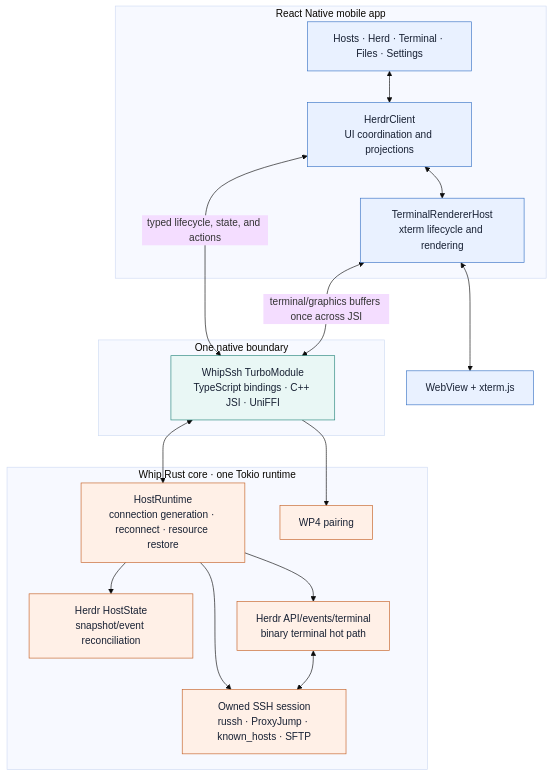
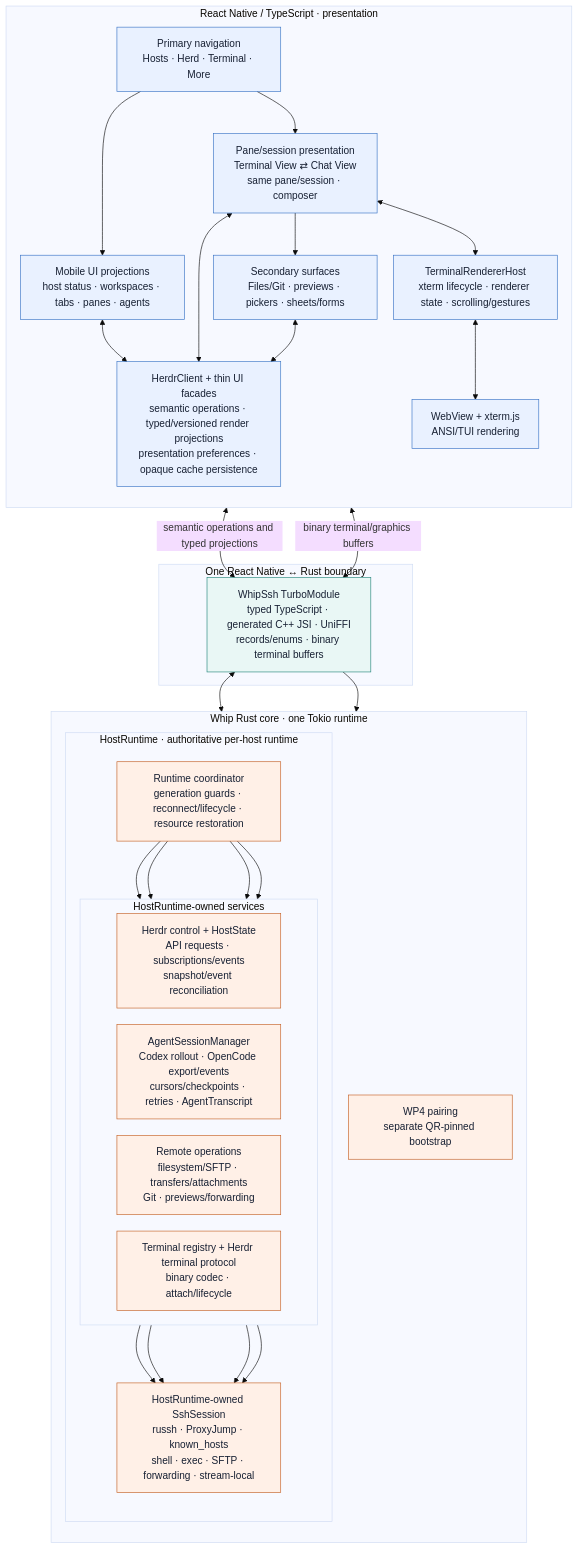
The diagram in docs/mobile-app-architecture.mmd (KaminariOS/whip), drawn with Mermaid before and after one commit. The commit also changed 5 other files, not shown here.

Commit message:
doc: update Whip architecture diagrams

```diff
--- a/docs/mobile-app-architecture.mmd
+++ b/docs/mobile-app-architecture.mmd
@@ -1,40 +1,66 @@
-%%{init: {"theme":"base","flowchart":{"curve":"basis","htmlLabels":true}}}%%
+%%{init: {"theme":"base","flowchart":{"curve":"basis","htmlLabels":true,"nodeSpacing":26,"rankSpacing":42}}}%%
 flowchart TB
-  subgraph UI["React Native mobile app"]
-    Screens["Hosts · Herd · Terminal · Files · Settings"]
-    Client["HerdrClient<br/>UI coordination and projections"]
-    Renderer["TerminalRendererHost<br/>xterm lifecycle and rendering"]
-    Screens <--> Client
-    Client <--> Renderer
+  subgraph UI["React Native / TypeScript · presentation"]
+    direction TB
+    Navigation["Primary navigation<br/>Hosts · Herd · Terminal · More"]
+    Projections["Mobile UI projections<br/>host status · workspaces · tabs · panes · agents"]
+    SessionViews["Pane/session presentation<br/>Terminal View ⇄ Chat View<br/>same pane/session · composer"]
+    Secondary["Secondary surfaces<br/>Files/Git · previews · pickers · sheets/forms"]
+    Client["HerdrClient + thin UI facades<br/>semantic operations · typed/versioned render projections<br/>presentation preferences · opaque cache persistence"]
+    Renderer["TerminalRendererHost<br/>xterm lifecycle · renderer state · scrolling/gestures"]
+    Xterm["WebView + xterm.js<br/>ANSI/TUI rendering"]
+
+    Navigation --> Projections
+    Navigation --> SessionViews
+    Projections <--> Client
+    SessionViews <--> Client
+    Secondary <--> Client
+    SessionViews --> Secondary
+    SessionViews <--> Renderer
+    Renderer <--> Xterm
   end
 
-  subgraph Boundary["One native boundary"]
-    Module["WhipSsh TurboModule<br/>TypeScript bindings · C++ JSI · UniFFI"]
+  subgraph Boundary["One React Native ↔ Rust boundary"]
+    Module["WhipSsh TurboModule<br/>typed TypeScript · generated C++ JSI · UniFFI<br/>records/enums · binary terminal buffers"]
   end
 
   subgraph Rust["Whip Rust core · one Tokio runtime"]
-    Host["HostRuntime<br/>connection generation · reconnect · resource restore"]
-    State["Herdr HostState<br/>snapshot/event reconciliation"]
-    Transport["Owned SSH session<br/>russh · ProxyJump · known_hosts · SFTP"]
-    Protocol["Herdr API/events/terminal<br/>binary terminal hot path"]
-    Pairing["WP4 pairing"]
-    Host --> State
-    Host --> Transport
-    Host --> Protocol
-    Protocol <--> Transport
+    direction TB
+    subgraph Runtime["HostRuntime · authoritative per-host runtime"]
+      direction TB
+      Lifecycle["Runtime coordinator<br/>generation guards · reconnect/lifecycle · resource restoration"]
+
+      subgraph Services["HostRuntime-owned services"]
+        direction LR
+        Control["Herdr control + HostState<br/>API requests · subscriptions/events<br/>snapshot/event reconciliation"]
+        Agents["AgentSessionManager<br/>Codex rollout · OpenCode export/events<br/>cursors/checkpoints · retries · AgentTranscript"]
+        Operations["Remote operations<br/>filesystem/SFTP · transfers/attachments<br/>Git · previews/forwarding"]
+        Terminals["Terminal registry + Herdr terminal protocol<br/>binary codec · attach/lifecycle"]
+      end
+
+      Transport["HostRuntime-owned SshSession<br/>russh · ProxyJump · known_hosts<br/>shell · exec · SFTP · forwarding · stream-local"]
+
+      Lifecycle --> Control
+      Lifecycle --> Agents
+      Lifecycle --> Operations
+      Lifecycle --> Terminals
+      Control --> Transport
+      Agents --> Transport
+      Operations --> Transport
+      Terminals --> Transport
+    end
+
+    Pairing["WP4 pairing<br/>separate QR-pinned bootstrap"]
   end
 
-  Xterm["WebView + xterm.js"]
-
-  Client <-->|"typed lifecycle, state, and actions"| Module
-  Renderer <-->|"terminal/graphics buffers once across JSI"| Module
-  Module <--> Host
+  Client <-->|"semantic operations and typed projections"| Module
+  Renderer <-->|"binary terminal/graphics buffers"| Module
+  Module <--> Lifecycle
   Module --> Pairing
-  Renderer <--> Xterm
 
   classDef react fill:#e9f1ff,stroke:#3772c5,color:#172033
   classDef native fill:#e9f7f5,stroke:#23847a,color:#172033
   classDef rust fill:#fff0e7,stroke:#c45f24,color:#172033
-  class Screens,Client,Renderer,Xterm react
+  class Navigation,Projections,SessionViews,Secondary,Client,Renderer,Xterm react
   class Module native
-  class Host,State,Transport,Protocol,Pairing rust
+  class Lifecycle,Control,Agents,Operations,Terminals,Transport,Pairing rust
```
